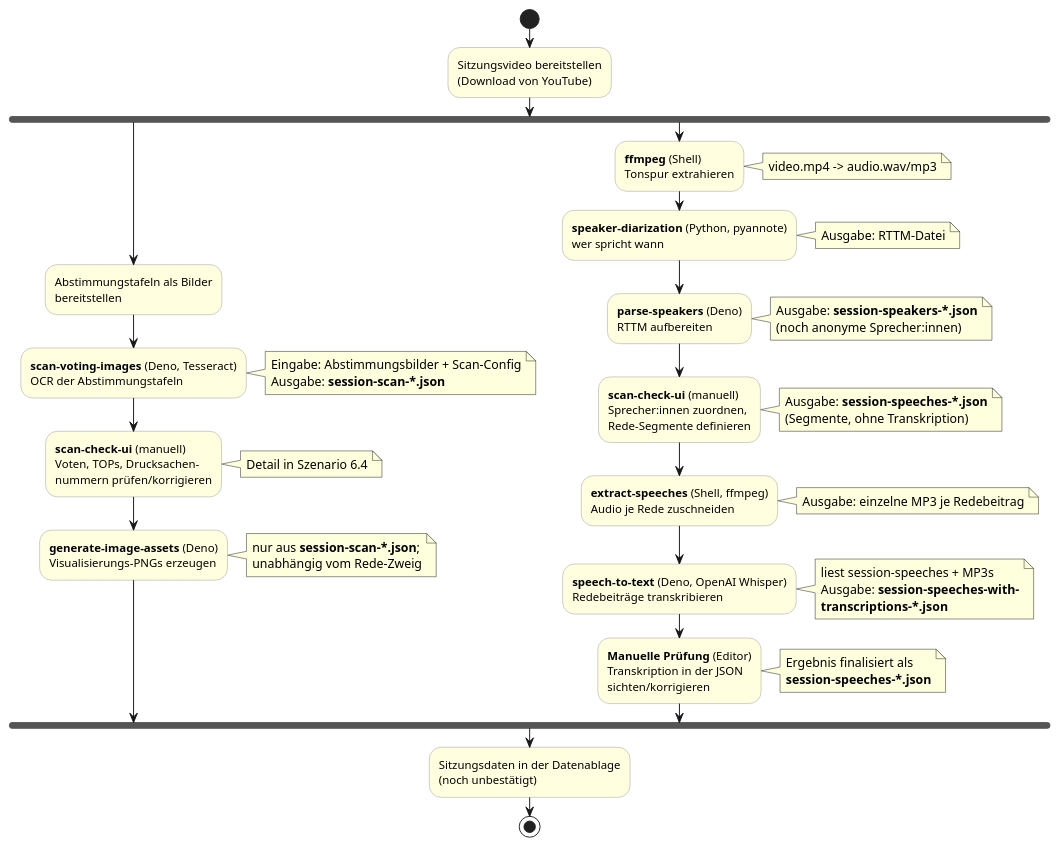
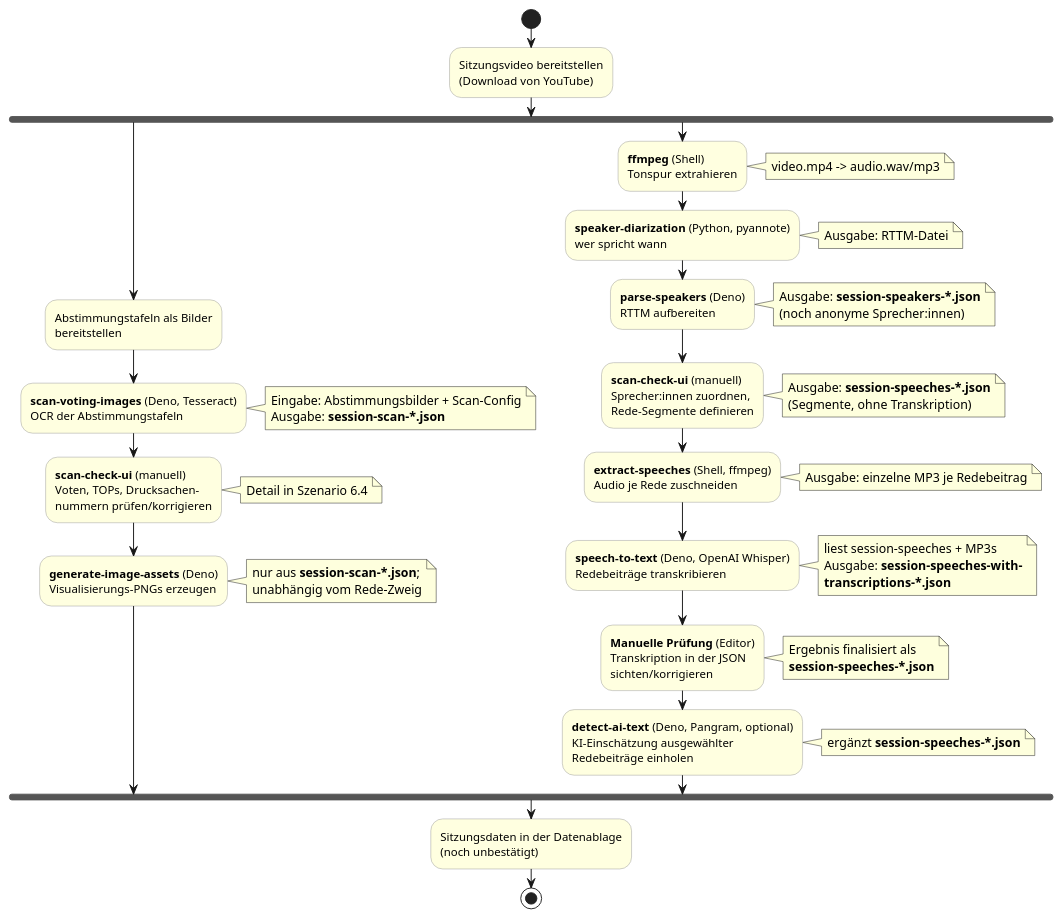
One commit to ungeschneuer/StadtratWatch-Leipzig changed the diagram in docs/arc42/06-laufzeitsicht/01-sitzungsverarbeitung.adoc. Above: the diagram before and after it, drawn with PlantUML. The commit also changed other lines of this file and 13 other files, not shown here.

First line of the commit message:
docs: document AI text assessment (Pangram) in guides and arc42

```diff
--- a/docs/arc42/06-laufzeitsicht/01-sitzungsverarbeitung.adoc
+++ b/docs/arc42/06-laufzeitsicht/01-sitzungsverarbeitung.adoc
@@ -32,62 +36,66 @@
 [plantuml,lz-sitzungsverarbeitung,svg]
 ....
 @startuml
 skinparam shadowing false
 skinparam activity {
   BackgroundColor #lightyellow
   BorderColor #999999
 }
 
 start
 :Sitzungsvideo bereitstellen\n(Download von YouTube);
 
 fork
   ' --- Abstimmungs-Zweig (OCR) ---
   :Abstimmungstafeln als Bilder\nbereitstellen;
   :**scan-voting-images** (Deno, Tesseract)\nOCR der Abstimmungstafeln;
   note right
     Eingabe: Abstimmungsbilder + Scan-Config
     Ausgabe: **session-scan-*.json**
   end note
   :**scan-check-ui** (manuell)\nVoten, TOPs, Drucksachen-\nnummern prüfen/korrigieren;
   note right: Detail in Szenario 6.4
   :**generate-image-assets** (Deno)\nVisualisierungs-PNGs erzeugen;
   note right
     nur aus **session-scan-*.json**;
     unabhängig vom Rede-Zweig
   end note
 fork again
   ' --- Rede-Zweig (Audio) ---
   :**ffmpeg** (Shell)\nTonspur extrahieren;
   note right: video.mp4 -> audio.wav/mp3
   :**speaker-diarization** (Python, pyannote)\nwer spricht wann;
   note right: Ausgabe: RTTM-Datei
   :**parse-speakers** (Deno)\nRTTM aufbereiten;
   note right
     Ausgabe: **session-speakers-*.json**
     (noch anonyme Sprecher:innen)
   end note
   :**scan-check-ui** (manuell)\nSprecher:innen zuordnen,\nRede-Segmente definieren;
   note right
     Ausgabe: **session-speeches-*.json**
     (Segmente, ohne Transkription)
   end note
   :**extract-speeches** (Shell, ffmpeg)\nAudio je Rede zuschneiden;
   note right: Ausgabe: einzelne MP3 je Redebeitrag
   :**speech-to-text** (Deno, OpenAI Whisper)\nRedebeiträge transkribieren;
   note right
     liest session-speeches + MP3s
     Ausgabe: **session-speeches-with-**
     **transcriptions-*.json**
   end note
   :**Manuelle Prüfung** (Editor)\nTranskription in der JSON\nsichten/korrigieren;
   note right
     Ergebnis finalisiert als
     **session-speeches-*.json**
   end note
+  :**detect-ai-text** (Deno, Pangram, optional)\nKI-Einschätzung ausgewählter\nRedebeiträge einholen;
+  note right
+    ergänzt **session-speeches-*.json**
+  end note
 end fork
 
 :Sitzungsdaten in der Datenablage\n(noch unbestätigt);
 stop
 @enduml
 ....
```
